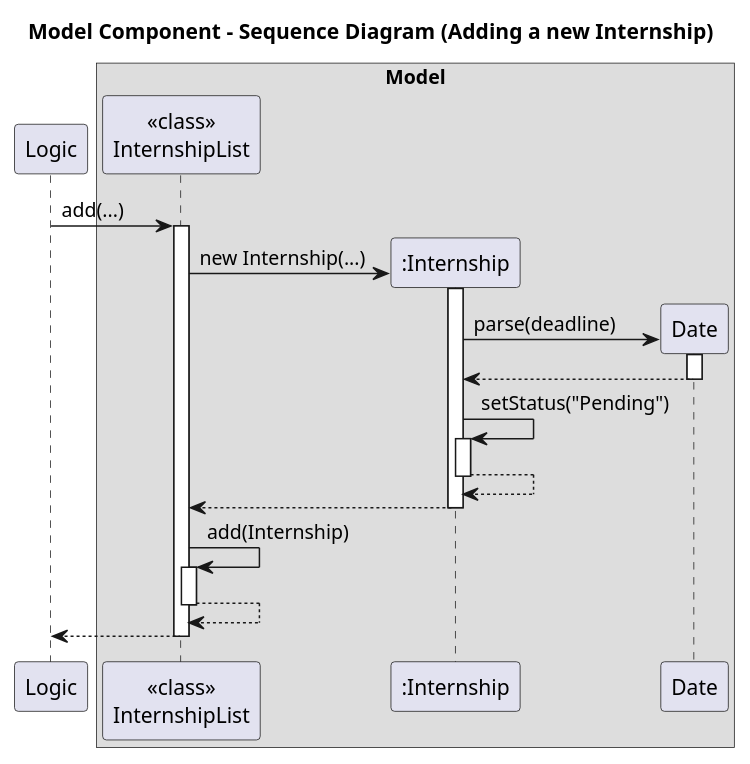
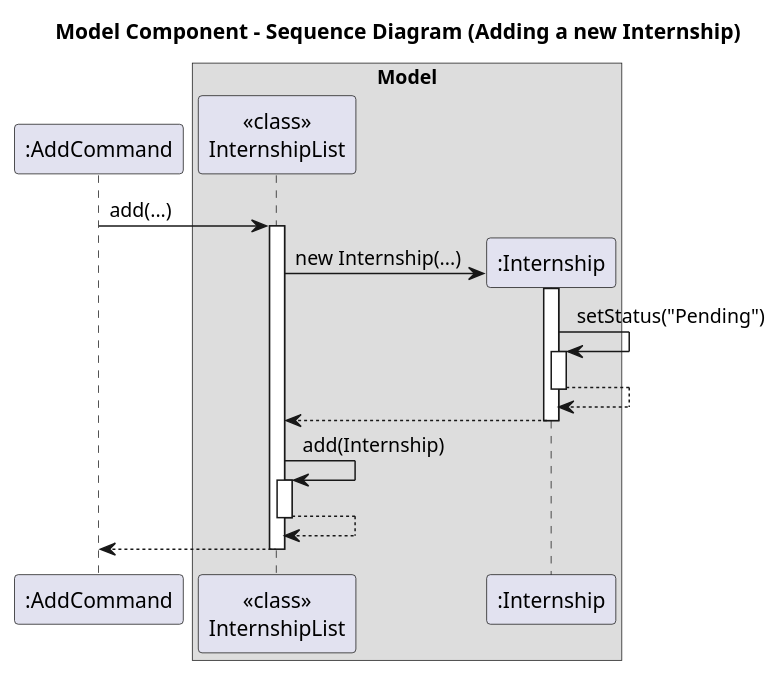
The diagram in docs/diagrams/ModelComponentSD_Add.puml (AY2526S1-CS2113-W14-4/tp), drawn with PlantUML before and after one commit. The commit also changed 3 other files, not shown here.

```diff
--- a/docs/diagrams/ModelComponentSD_Add.puml
+++ b/docs/diagrams/ModelComponentSD_Add.puml
@@ -1,52 +1,49 @@
 @startuml
 title Model Component - Sequence Diagram (Adding a new Internship)
 ' Model Component Sequence Diagram
 ' Shows interactions between Logic, Model, InternshipList, Internship, Date and Status
 ' Additional abstract components: Logic (parses commands) and Storage (persists data)
 '
-participant Logic as "Logic"
+participant Logic as ":AddCommand"
 
 
 box Model
 participant InternshipList as "<<class>>\nInternshipList"
 participant Internship as ":Internship"
-participant Date as "Date"
 endbox
 
 ' --- Scenario 1: Adding a new internship ---
 ' User types an `add` command; Logic parses and hands off a semantic request to Model
 ' Model validates high-level constraints then delegates to the list component
 Logic -> InternshipList: add(...)
 activate InternshipList
 ' InternshipList constructs a new Internship object (calls constructor)
 create Internship
 InternshipList -> Internship: new Internship(...)
 activate Internship
 ' Internship object parses and stores a Date and Status internally
-create Date
-Internship -> Date: parse(deadline)
-activate Date
-Date --> Internship
-deactivate Date
+
+
+
 
 Internship -> Internship : setStatus("Pending")
 activate Internship
 Internship --> Internship
 deactivate Internship
 ' Construction returns the Internship instance to InternshipList
 Internship --> InternshipList
 deactivate Internship
 
 ' InternshipList appends to internal collection
 
 InternshipList -> InternshipList: add(Internship)
 activate InternshipList
 
 ' After mutation, Model requests Storage to persist the updated list
 InternshipList --> InternshipList
 deactivate InternshipList
 
 Logic <-- InternshipList
 deactivate InternshipList
 
 @enduml
```
